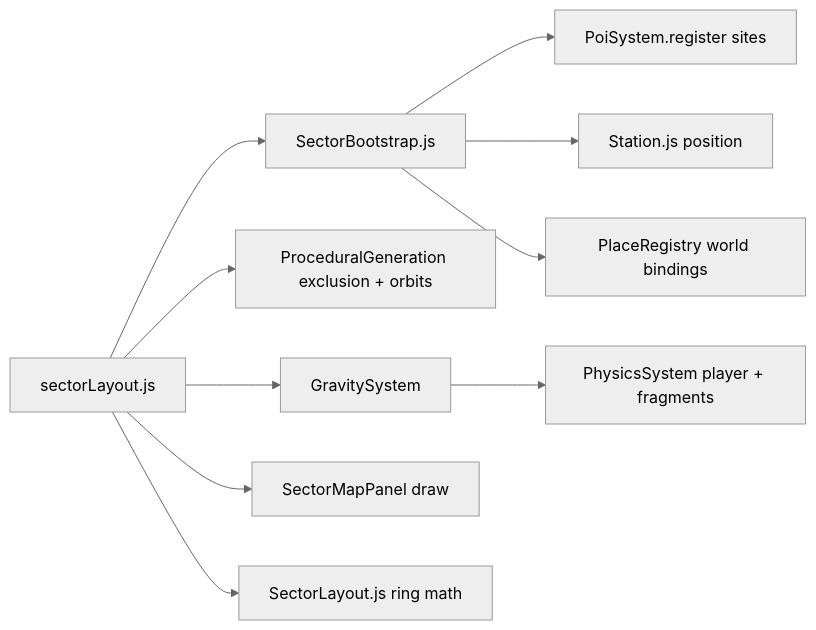
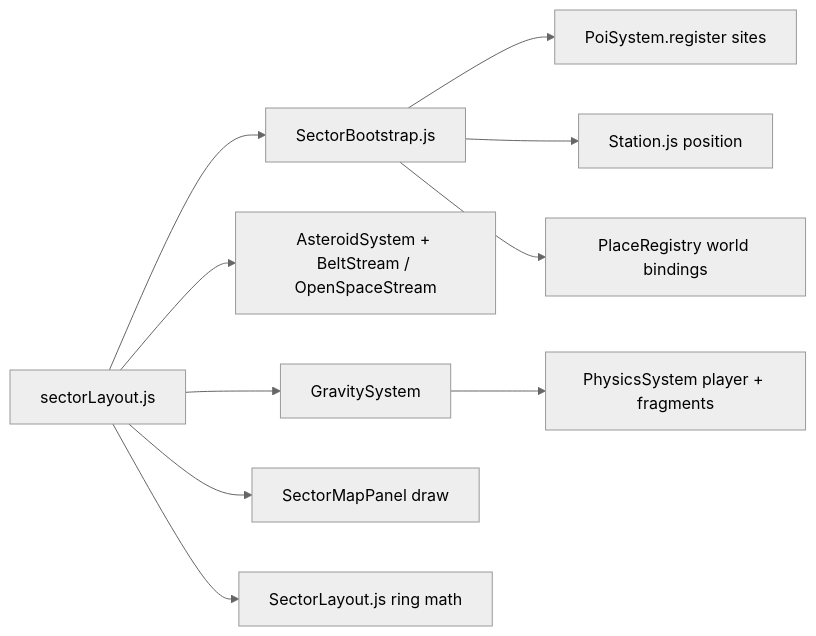
The third of 7 diagrams in docs/WORLD_GEOGRAPHY_PLAN.md (BeholdInfinity/Hyperdrift), drawn with Mermaid (neutral theme) before and after one commit. The commit also changed other lines of this file and 16 other files, not shown here.

````diff
--- a/docs/WORLD_GEOGRAPHY_PLAN.md
+++ b/docs/WORLD_GEOGRAPHY_PLAN.md
@@ -306,13 +306,13 @@
 ```mermaid
 flowchart LR
   SL[sectorLayout.js]
   SL --> SS[SectorBootstrap.js]
   SS --> POI[PoiSystem.register sites]
   SS --> ST[Station.js position]
   SS --> PR[PlaceRegistry world bindings]
-  SL --> PG[ProceduralGeneration exclusion + orbits]
+  SL --> AST[AsteroidSystem + BeltStream / OpenSpaceStream]
   SL --> GS[GravitySystem]
   GS --> PHY[PhysicsSystem player + fragments]
   SL --> SMP[SectorMapPanel draw]
   SL --> SLay[SectorLayout.js ring math]
 ```
````
